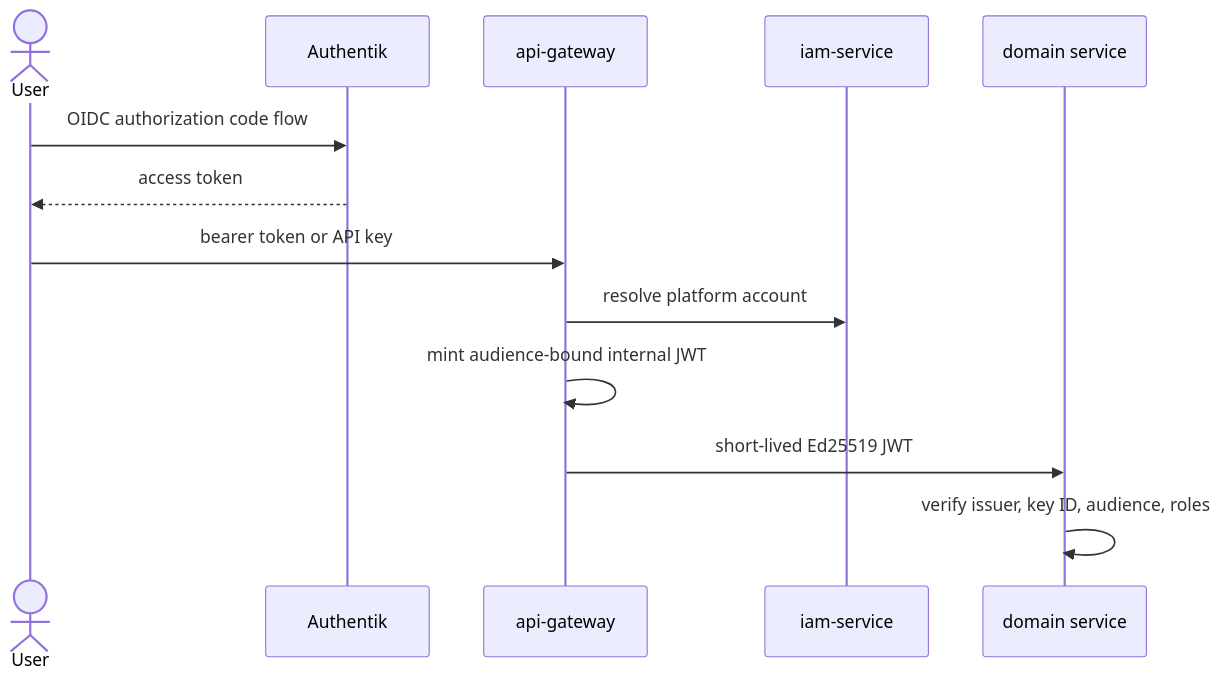
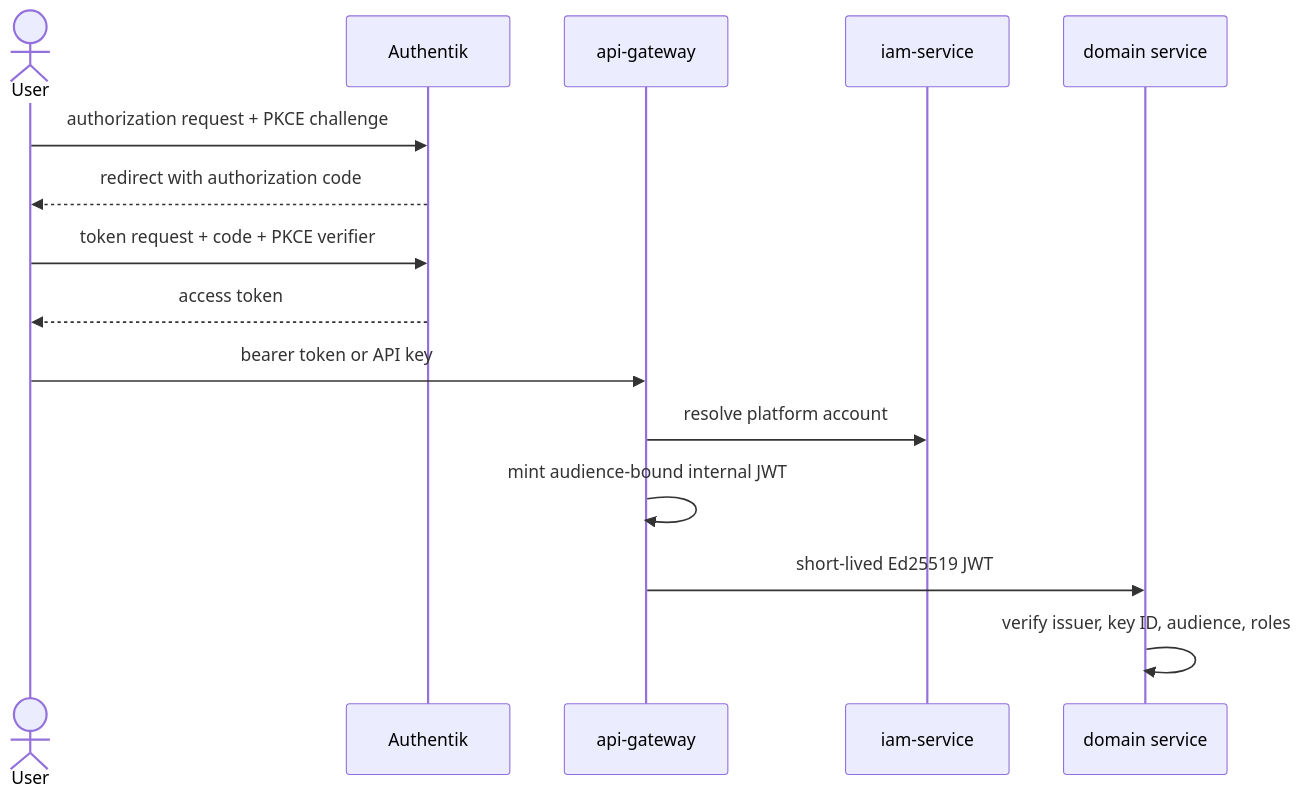
Before and after one commit to freecloudinitiative/docs: the first of 2 diagrams in docs/learning/security.md, drawn with Mermaid. The commit also changed 6 other files, not shown here.

````diff
--- a/docs/learning/security.md
+++ b/docs/learning/security.md
@@ -7,15 +7,17 @@
 ```mermaid
 sequenceDiagram
     actor User
     participant A as Authentik
     participant G as api-gateway
     participant I as iam-service
     participant S as domain service
-    User->>A: OIDC authorization code flow
+    User->>A: authorization request + PKCE challenge
+    A-->>User: redirect with authorization code
+    User->>A: token request + code + PKCE verifier
     A-->>User: access token
     User->>G: bearer token or API key
     G->>I: resolve platform account
     G->>G: mint audience-bound internal JWT
     G->>S: short-lived Ed25519 JWT
     S->>S: verify issuer, key ID, audience, roles
 ```
````
